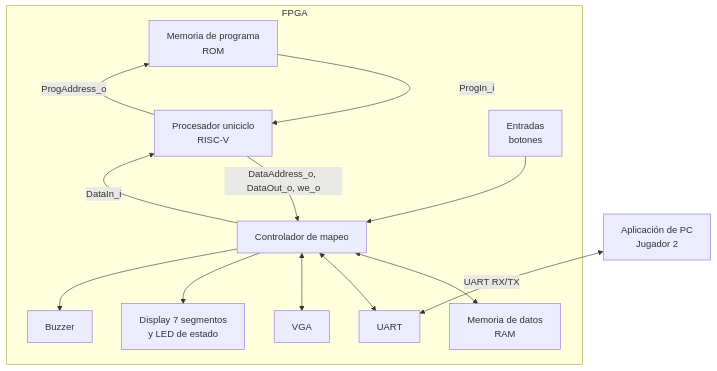
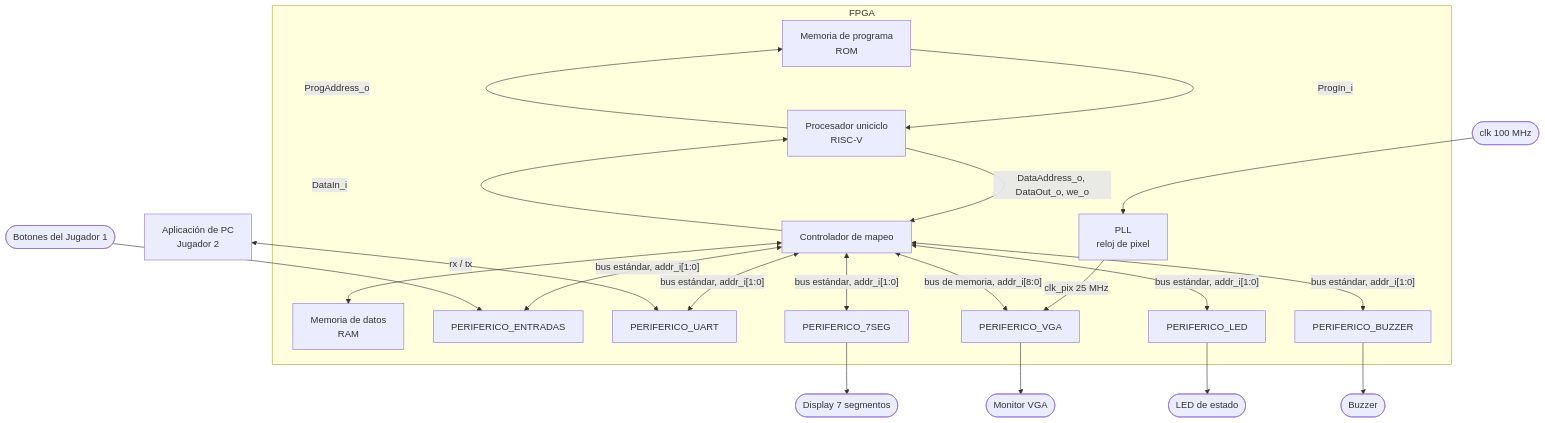
Before and after one commit to Taller-de-diseno-digital-GR01/Proyecto-3-Batalla-Naval: the diagram in docs/diseño/diagramas/nivel02.md, drawn with Mermaid. The commit also changed other lines of this file, not shown here.

Commit message:
PLL y LED aparte en nivel02.md, cada bloque con sus entradas y salidas

````diff
--- a/docs/diseño/diagramas/nivel02.md
+++ b/docs/diseño/diagramas/nivel02.md
@@ -5,28 +5,45 @@
 ```mermaid
 flowchart TD
+    CLK(["clk 100 MHz"])
+
     subgraph FPGA
+        PLL["PLL<br/>reloj de pixel"]
         ROM["Memoria de programa<br/>ROM"]
         CPU["Procesador uniciclo<br/>RISC-V"]
         MAP["Controlador de mapeo"]
         RAM["Memoria de datos<br/>RAM"]
-        GPIO["Entradas<br/>botones"]
-        UART["UART"]
-        VGA["VGA"]
-        DISP["Display 7 segmentos<br/>y LED de estado"]
-        BUZ["Buzzer"]
+        GPIO["PERIFERICO_ENTRADAS"]
+        UART["PERIFERICO_UART"]
+        VGA["PERIFERICO_VGA"]
+        DISP["PERIFERICO_7SEG"]
+        LEDP["PERIFERICO_LED"]
+        BUZ["PERIFERICO_BUZZER"]
     end
 
     PC["Aplicación de PC<br/>Jugador 2"]
+    BTN(["Botones del Jugador 1"])
+    MON(["Monitor VGA"])
+    SEG(["Display 7 segmentos"])
+    LED(["LED de estado"])
+    ALTAVOZ(["Buzzer"])
 
+    CLK --> PLL
+    PLL -->|"clk_pix 25 MHz"| VGA
     CPU -->|"ProgAddress_o"| ROM
     ROM -->|"ProgIn_i"| CPU
     CPU -->|"DataAddress_o, DataOut_o, we_o"| MAP
     MAP -->|"DataIn_i"| CPU
     MAP <--> RAM
-    GPIO --> MAP
-    MAP <--> UART
-    MAP <--> VGA
-    MAP --> DISP
-    MAP --> BUZ
-    PC <-->|"UART RX/TX"| UART
+    MAP <-->|"bus estándar, addr_i[1:0]"| GPIO
+    MAP <-->|"bus estándar, addr_i[1:0]"| UART
+    MAP <-->|"bus de memoria, addr_i[8:0]"| VGA
+    MAP <-->|"bus estándar, addr_i[1:0]"| DISP
+    MAP <-->|"bus estándar, addr_i[1:0]"| LEDP
+    MAP <-->|"bus estándar, addr_i[1:0]"| BUZ
+    BTN --> GPIO
+    PC <-->|"rx / tx"| UART
+    VGA --> MON
+    DISP --> SEG
+    LEDP --> LED
+    BUZ --> ALTAVOZ
 ```
````
